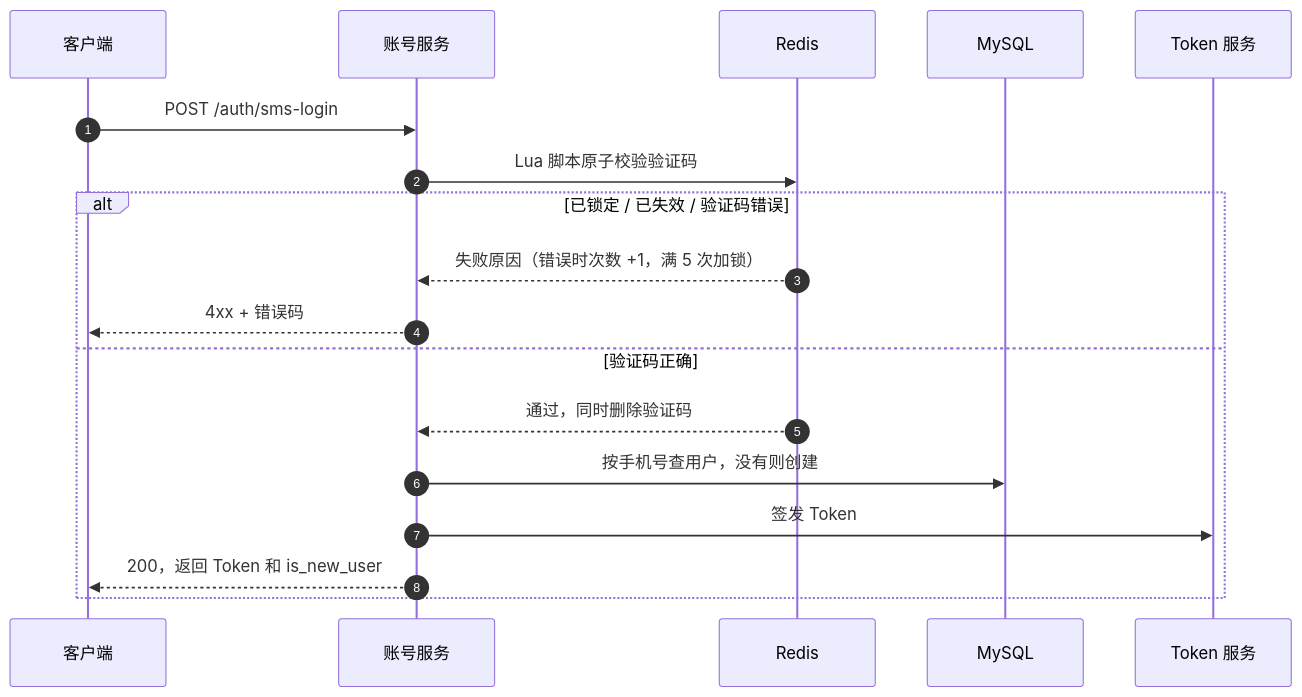
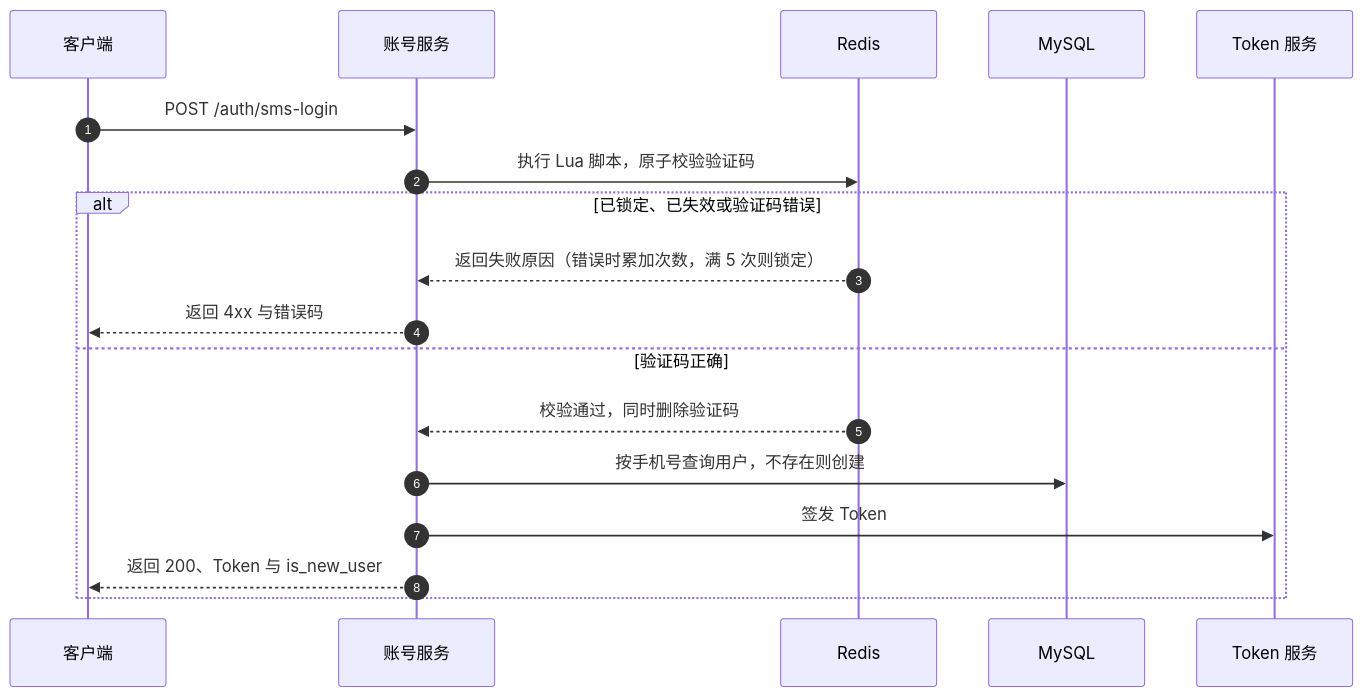
The third of 3 diagrams in docs/samples/02-tech-design.md (lanhas/auto-test), drawn with Mermaid before and after one commit. The commit also changed other lines of this file and 3 other files, not shown here.

````diff
--- a/docs/samples/02-tech-design.md
+++ b/docs/samples/02-tech-design.md
@@ -67,21 +111,21 @@
 ```mermaid
 sequenceDiagram
     autonumber
     participant C as 客户端
     participant A as 账号服务
     participant R as Redis
     participant D as MySQL
     participant T as Token 服务
 
     C->>A: POST /auth/sms-login
-    A->>R: Lua 脚本原子校验验证码
-    alt 已锁定 / 已失效 / 验证码错误
-        R-->>A: 失败原因（错误时次数 +1，满 5 次加锁）
-        A-->>C: 4xx + 错误码
+    A->>R: 执行 Lua 脚本，原子校验验证码
+    alt 已锁定、已失效或验证码错误
+        R-->>A: 返回失败原因（错误时累加次数，满 5 次则锁定）
+        A-->>C: 返回 4xx 与错误码
     else 验证码正确
-        R-->>A: 通过，同时删除验证码
-        A->>D: 按手机号查用户，没有则创建
+        R-->>A: 校验通过，同时删除验证码
+        A->>D: 按手机号查询用户，不存在则创建
         A->>T: 签发 Token
-        A-->>C: 200，返回 Token 和 is_new_user
+        A-->>C: 返回 200、Token 与 is_new_user
     end
 ```
````
